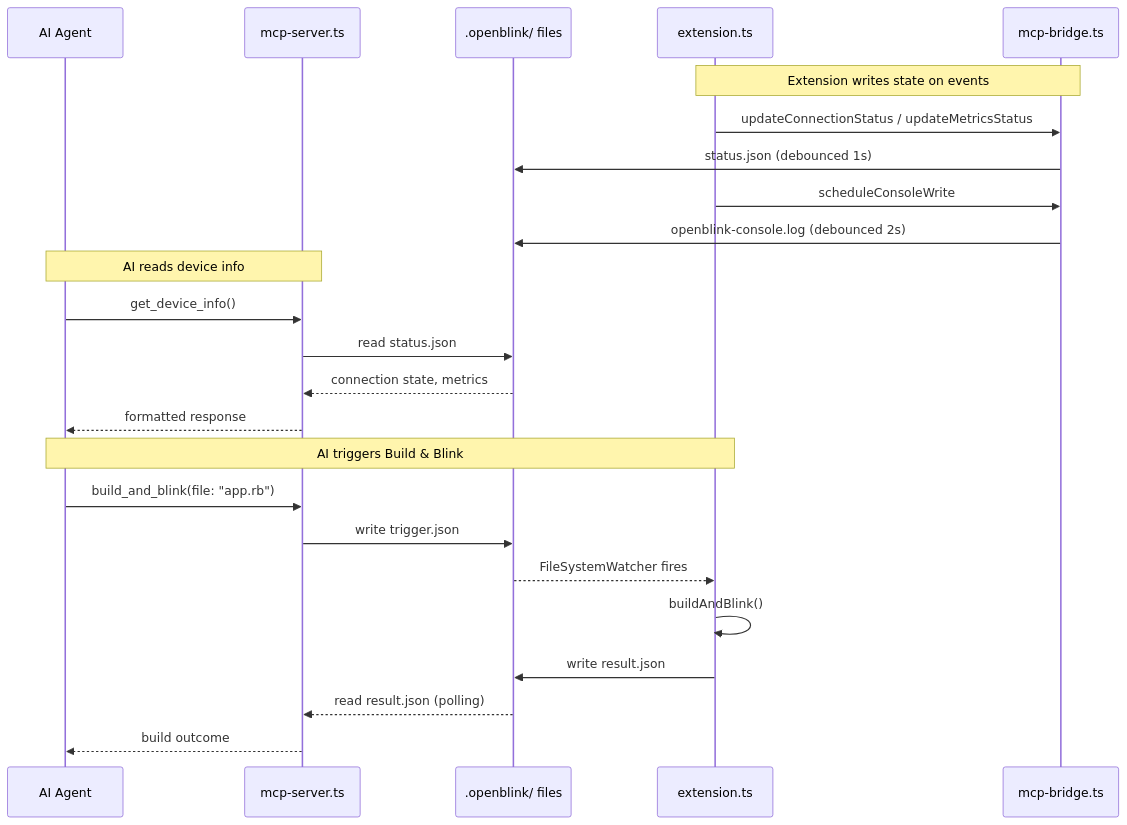
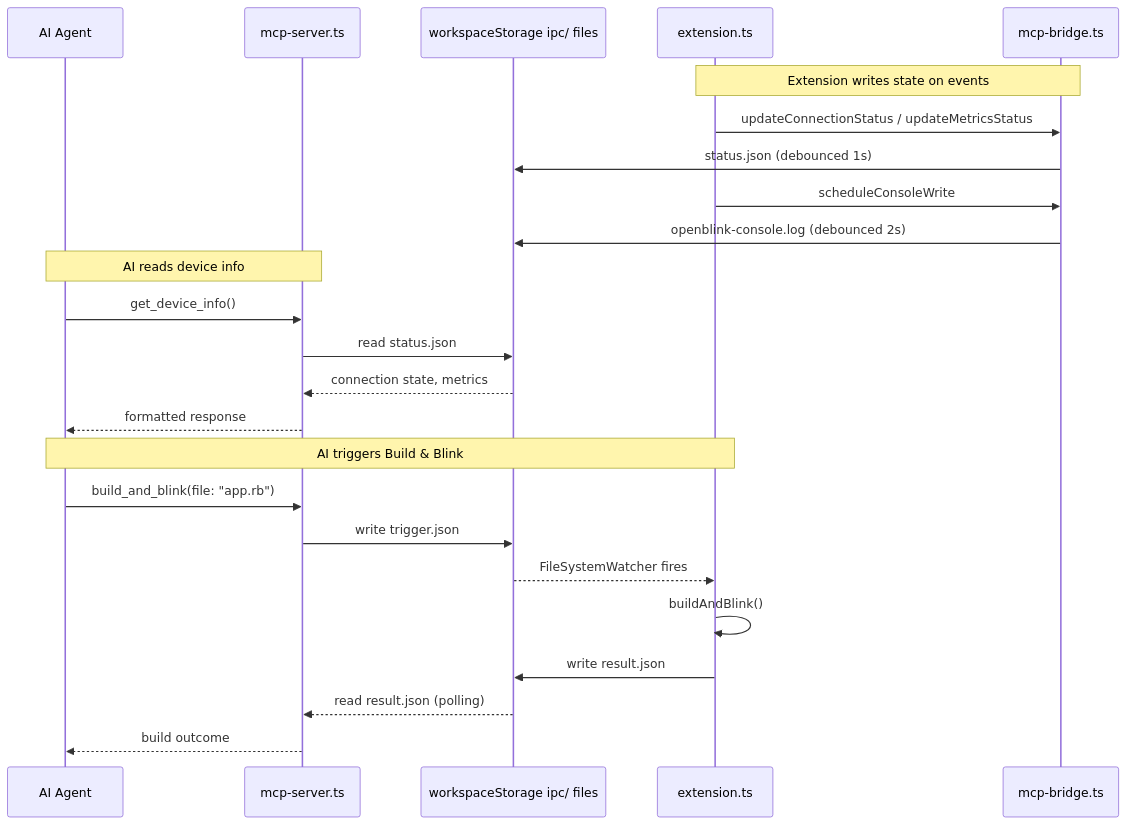
One commit to OpenBlink/openblink-vscode-extension changed the third of 3 diagrams in doc/architecture.md. Above: the diagram before and after it, drawn with Mermaid. The commit also changed other lines of this file and 4 other files, not shown here.

````diff
--- a/doc/architecture.md
+++ b/doc/architecture.md
@@ -113,29 +113,29 @@
 ```mermaid
 sequenceDiagram
     participant AI as AI Agent
     participant MCP as mcp-server.ts
-    participant FS as .openblink/ files
+    participant FS as workspaceStorage ipc/ files
     participant Ext as extension.ts
     participant Bridge as mcp-bridge.ts
 
     Note over Ext,Bridge: Extension writes state on events
     Ext->>Bridge: updateConnectionStatus / updateMetricsStatus
     Bridge->>FS: status.json (debounced 1s)
     Ext->>Bridge: scheduleConsoleWrite
     Bridge->>FS: openblink-console.log (debounced 2s)
 
     Note over AI,MCP: AI reads device info
     AI->>MCP: get_device_info()
     MCP->>FS: read status.json
     FS-->>MCP: connection state, metrics
     MCP-->>AI: formatted response
 
     Note over AI,Ext: AI triggers Build & Blink
     AI->>MCP: build_and_blink(file: "app.rb")
     MCP->>FS: write trigger.json
     FS-->>Ext: FileSystemWatcher fires
     Ext->>Ext: buildAndBlink()
     Ext->>FS: write result.json
     FS-->>MCP: read result.json (polling)
     MCP-->>AI: build outcome
 ```
````
